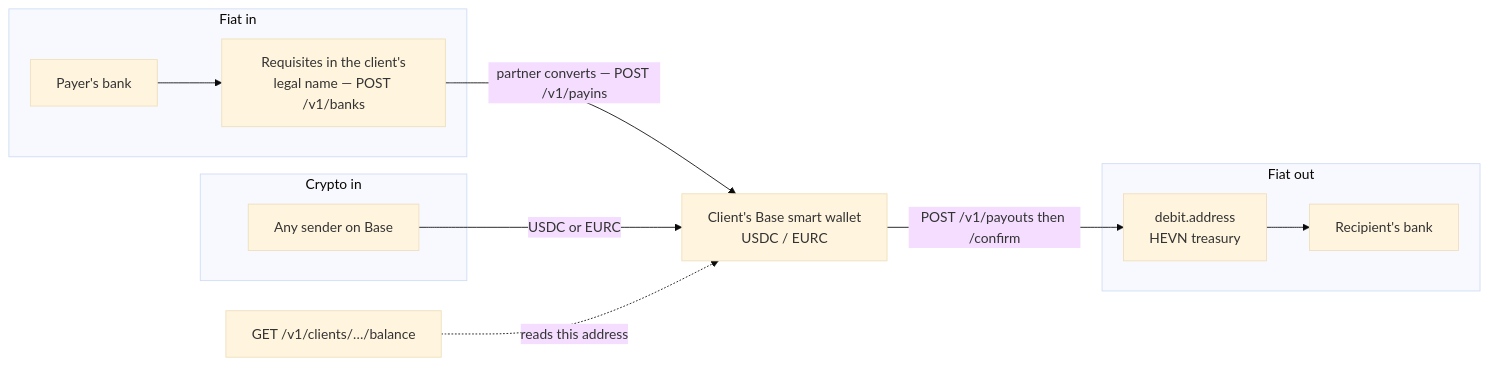
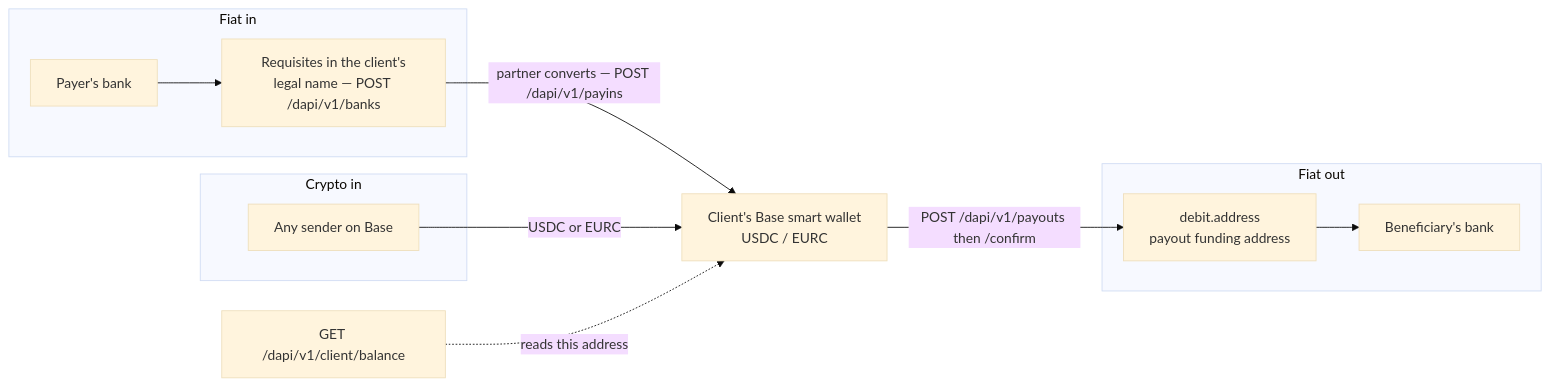
The diagram in whitelabel/how-money-moves.mdx (hevn-inc/docs), drawn with Mermaid (base theme) before and after one commit. The commit also changed other lines of this file and 37 other files, not shown here.

````diff
--- a/whitelabel/how-money-moves.mdx
+++ b/whitelabel/how-money-moves.mdx
@@ -9,17 +9,17 @@
 ```mermaid
 flowchart LR
     W["Client's Base smart wallet<br/>USDC / EURC"]
     subgraph In["Fiat in"]
-        P["Payer's bank"] --> R["Requisites in the client's<br/>legal name — POST /v1/banks"]
+        P["Payer's bank"] --> R["Requisites in the client's<br/>legal name — POST /dapi/v1/banks"]
     end
     subgraph Crypto["Crypto in"]
         S["Any sender on Base"]
     end
     subgraph Out["Fiat out"]
-        D["debit.address<br/>HEVN treasury"] --> RB["Recipient's bank"]
+        D["debit.address<br/>payout funding address"] --> RB["Beneficiary's bank"]
     end
-    R -->|"partner converts — POST /v1/payins"| W
+    R -->|"partner converts — POST /dapi/v1/payins"| W
     S -->|"USDC or EURC"| W
-    W -->|"POST /v1/payouts then /confirm"| D
-    B["GET /v1/clients/…/balance"] -.->|"reads this address"| W
+    W -->|"POST /dapi/v1/payouts then /confirm"| D
+    B["GET /dapi/v1/client/balance"] -.->|"reads this address"| W
 ```
````
